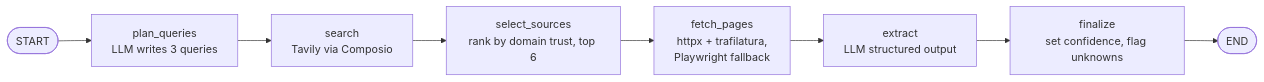
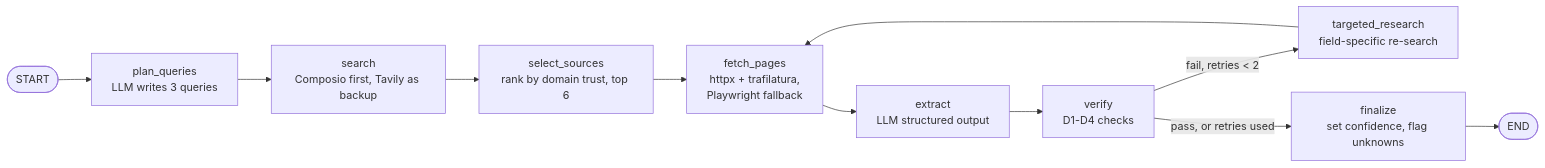
Before and after one commit to sarangKP/app-integration-research-agent: the diagram in README.md, drawn with Mermaid. The commit also changed other lines of this file, not shown here.

Commit message:
README: describe pass 2 loop and prerequisites

````diff
--- a/README.md
+++ b/README.md
@@ -96,10 +96,13 @@
 ```mermaid
 flowchart LR
     S([START]) --> P[plan_queries<br/>LLM writes 3 queries]
-    P --> Q[search<br/>Tavily via Composio]
+    P --> Q[search<br/>Composio first, Tavily as backup]
     Q --> R[select_sources<br/>rank by domain trust, top 6]
     R --> F[fetch_pages<br/>httpx + trafilatura,<br/>Playwright fallback]
     F --> X[extract<br/>LLM structured output]
-    X --> Z[finalize<br/>set confidence, flag unknowns]
+    X --> V[verify<br/>D1-D4 checks]
+    V -->|fail, retries < 2| T[targeted_research<br/>field-specific re-search]
+    T --> F
+    V -->|pass, or retries used| Z[finalize<br/>set confidence, flag unknowns]
     Z --> E([END])
 ```
````
